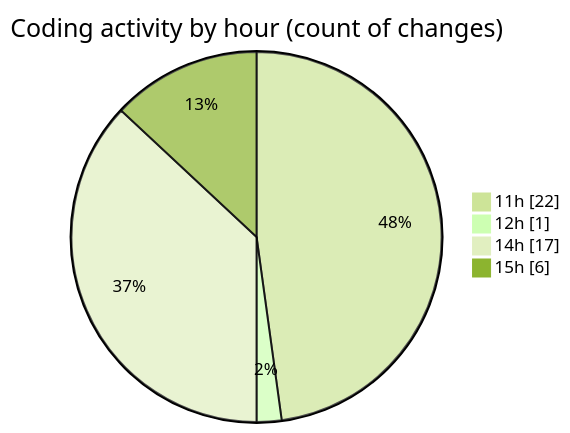
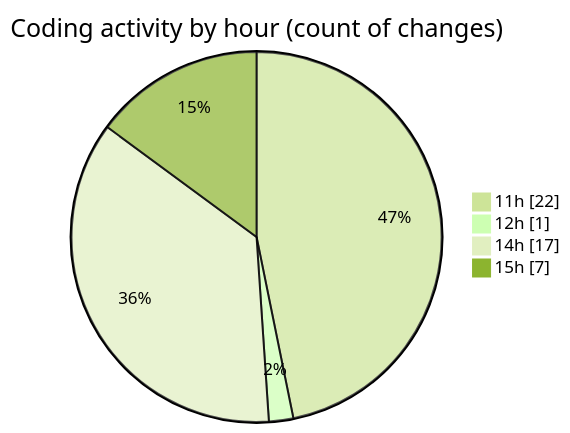
Before and after one commit to debugP/code-tracking: the second of 2 diagrams in 2026-08-05/untitled__workspace_/README.md, drawn with Mermaid (forest theme). The commit also changed other lines of this file and 1 other file, not shown here.

````diff
--- a/2026-08-05/untitled__workspace_/README.md
+++ b/2026-08-05/untitled__workspace_/README.md
@@ -29,8 +29,8 @@
 ```mermaid
 pie showData
 title Coding activity by hour (count of changes)
 "11h" : 22
 "12h" : 1
 "14h" : 17
-"15h" : 6
+"15h" : 7
 ```
````
